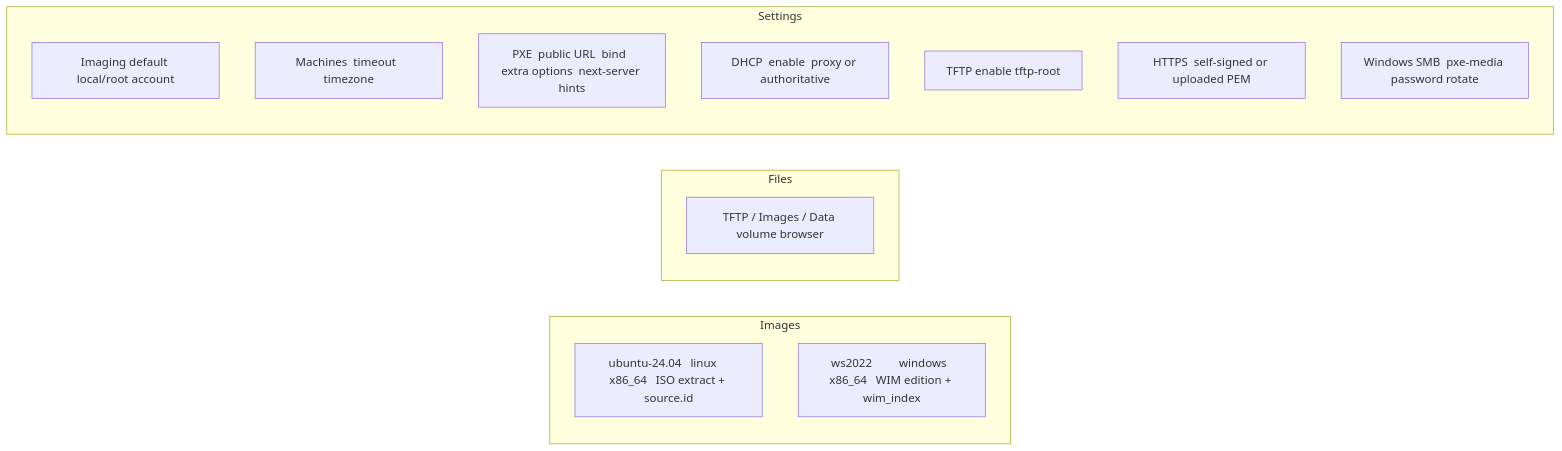
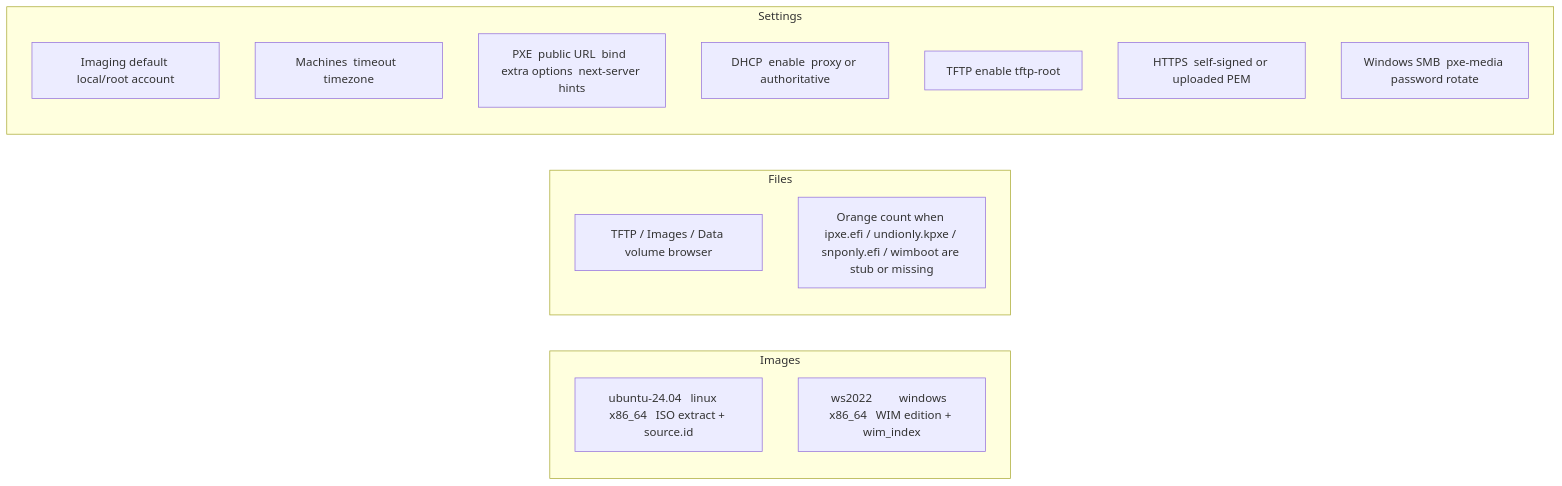
One commit to hometinker12/home-lab-pxe changed diagram 14 of 24 in ARCHITECTURE.md. Above: the diagram before and after it, drawn with Mermaid. The commit also changed other lines of this file and 19 other files, not shown here.

````diff
--- a/ARCHITECTURE.md
+++ b/ARCHITECTURE.md
@@ -321,19 +321,20 @@
 ```mermaid
 flowchart LR
   subgraph images["Images"]
     Limg["ubuntu-24.04   linux    x86_64   ISO extract + source.id"]
     Wimg["ws2022         windows  x86_64   WIM edition + wim_index"]
   end
   subgraph files["Files"]
     Browser["TFTP / Images / Data volume browser"]
+    Stubs["Orange count when ipxe.efi / undionly.kpxe / snponly.efi / wimboot are stub or missing"]
   end
   subgraph settings["Settings"]
     Acc["Imaging default local/root account"]
     Mach["Machines  timeout  timezone"]
     Pxe["PXE  public URL  bind  extra options  next-server hints"]
     Dhcp["DHCP  enable  proxy or authoritative"]
     Tftp["TFTP  enable  tftp-root"]
     Tls["HTTPS  self-signed or uploaded PEM"]
     Smb["Windows SMB  pxe-media password rotate"]
   end
 ```
````
